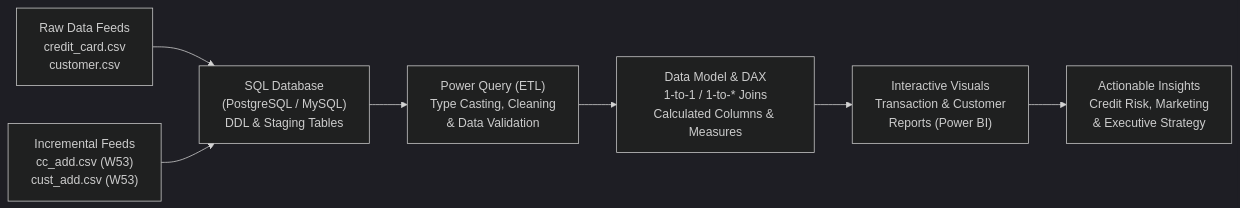
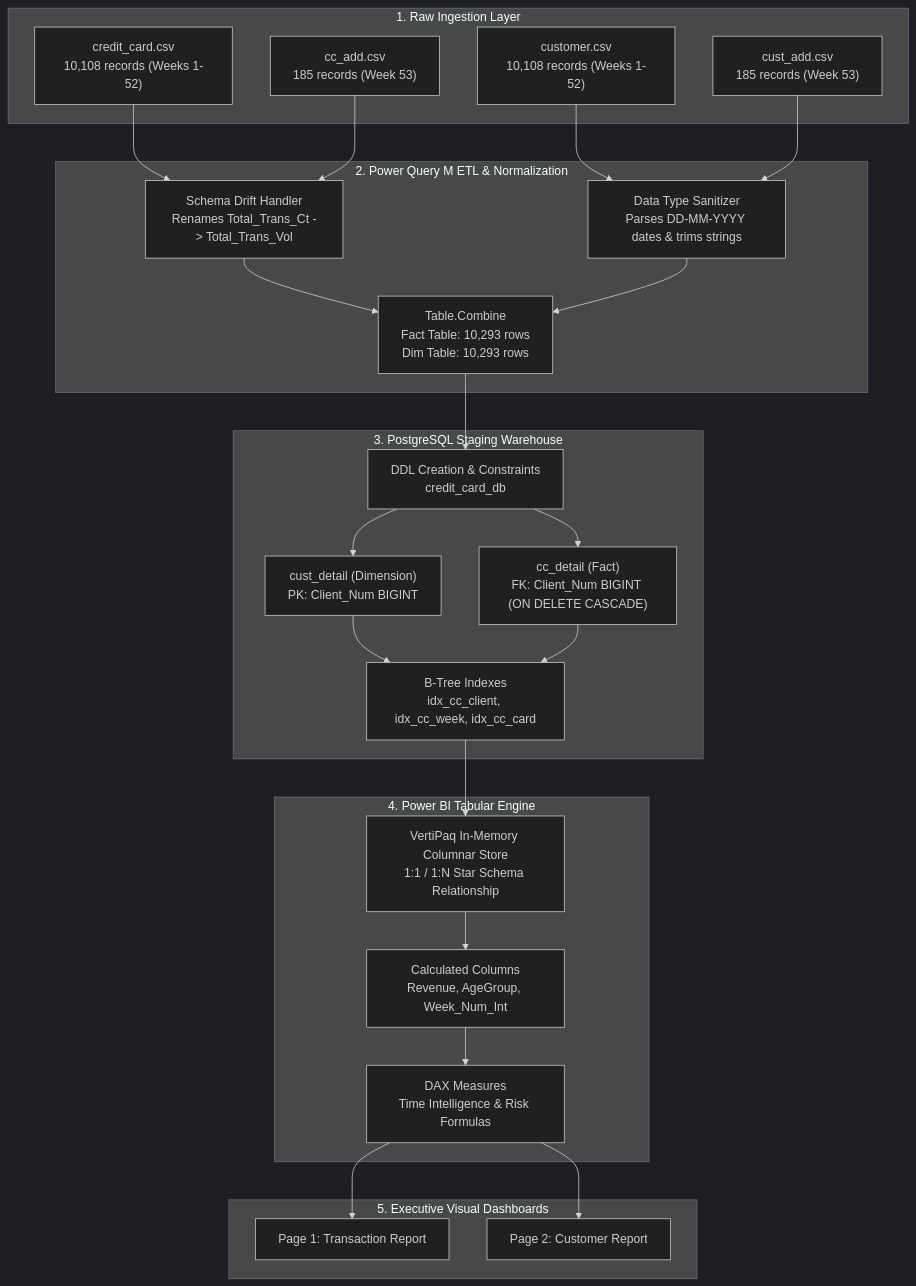
The third of 3 diagrams in README.md (Ganesh172919/credit-card), drawn with Mermaid (dark theme) before and after one commit. The commit also changed other lines of this file and 13 other files, not shown here.

````diff
--- a/README.md
+++ b/README.md
@@ -95,9 +305,38 @@
 ```mermaid
-flowchart LR
-    A["Raw Data Feeds<br/>credit_card.csv<br/>customer.csv"] --> B["SQL Database<br/>(PostgreSQL / MySQL)<br/>DDL & Staging Tables"]
-    C["Incremental Feeds<br/>cc_add.csv (W53)<br/>cust_add.csv (W53)"] --> B
-    B --> D["Power Query (ETL)<br/>Type Casting, Cleaning<br/>& Data Validation"]
-    D --> E["Data Model & DAX<br/>1-to-1 / 1-to-* Joins<br/>Calculated Columns & Measures"]
-    E --> F["Interactive Visuals<br/>Transaction & Customer<br/>Reports (Power BI)"]
-    F --> G["Actionable Insights<br/>Credit Risk, Marketing<br/>& Executive Strategy"]
+flowchart TD
+    subgraph Stage1["1. Raw Ingestion Layer"]
+        A1["credit_card.csv<br/>10,108 records (Weeks 1-52)"] 
+        A2["customer.csv<br/>10,108 records (Weeks 1-52)"]
+        B1["cc_add.csv<br/>185 records (Week 53)"]
+        B2["cust_add.csv<br/>185 records (Week 53)"]
+    end
+
+    subgraph Stage2["2. Power Query M ETL & Normalization"]
+        C1["Schema Drift Handler<br/>Renames Total_Trans_Ct -> Total_Trans_Vol"]
+        C2["Data Type Sanitizer<br/>Parses DD-MM-YYYY dates & trims strings"]
+        C3["Table.Combine<br/>Fact Table: 10,293 rows<br/>Dim Table: 10,293 rows"]
+    end
+
+    subgraph Stage3["3. PostgreSQL Staging Warehouse"]
+        D1["DDL Creation & Constraints<br/>credit_card_db"]
+        D2["cust_detail (Dimension)<br/>PK: Client_Num BIGINT"]
+        D3["cc_detail (Fact)<br/>FK: Client_Num BIGINT (ON DELETE CASCADE)"]
+        D4["B-Tree Indexes<br/>idx_cc_client, idx_cc_week, idx_cc_card"]
+    end
+
+    subgraph Stage4["4. Power BI Tabular Engine"]
+        E1["VertiPaq In-Memory Columnar Store<br/>1:1 / 1:N Star Schema Relationship"]
+        E2["Calculated Columns<br/>Revenue, AgeGroup, Week_Num_Int"]
+        E3["DAX Measures<br/>Time Intelligence & Risk Formulas"]
+    end
+
+    subgraph Stage5["5. Executive Visual Dashboards"]
+        F1["Page 1: Transaction Report"]
+        F2["Page 2: Customer Report"]
+    end
+
+    A1 & B1 --> C1 --> C3
+    A2 & B2 --> C2 --> C3
+    C3 --> D1 --> D2 & D3 --> D4
+    D4 --> E1 --> E2 --> E3 --> F1 & F2
 ```
````
